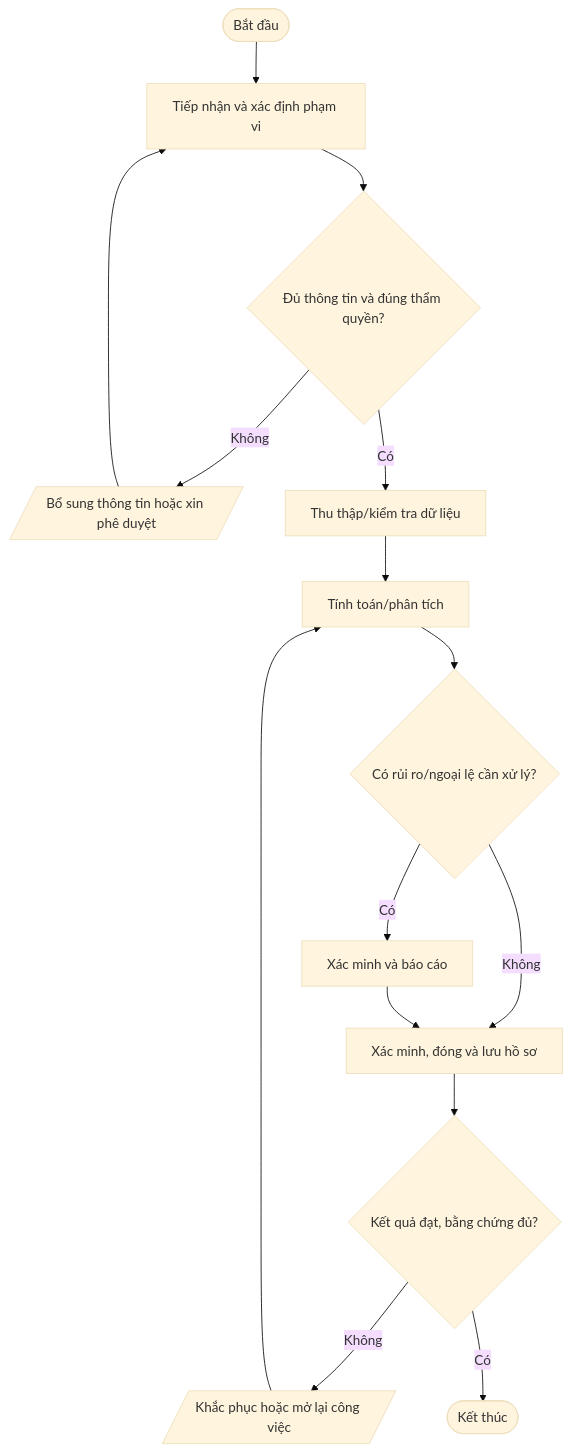
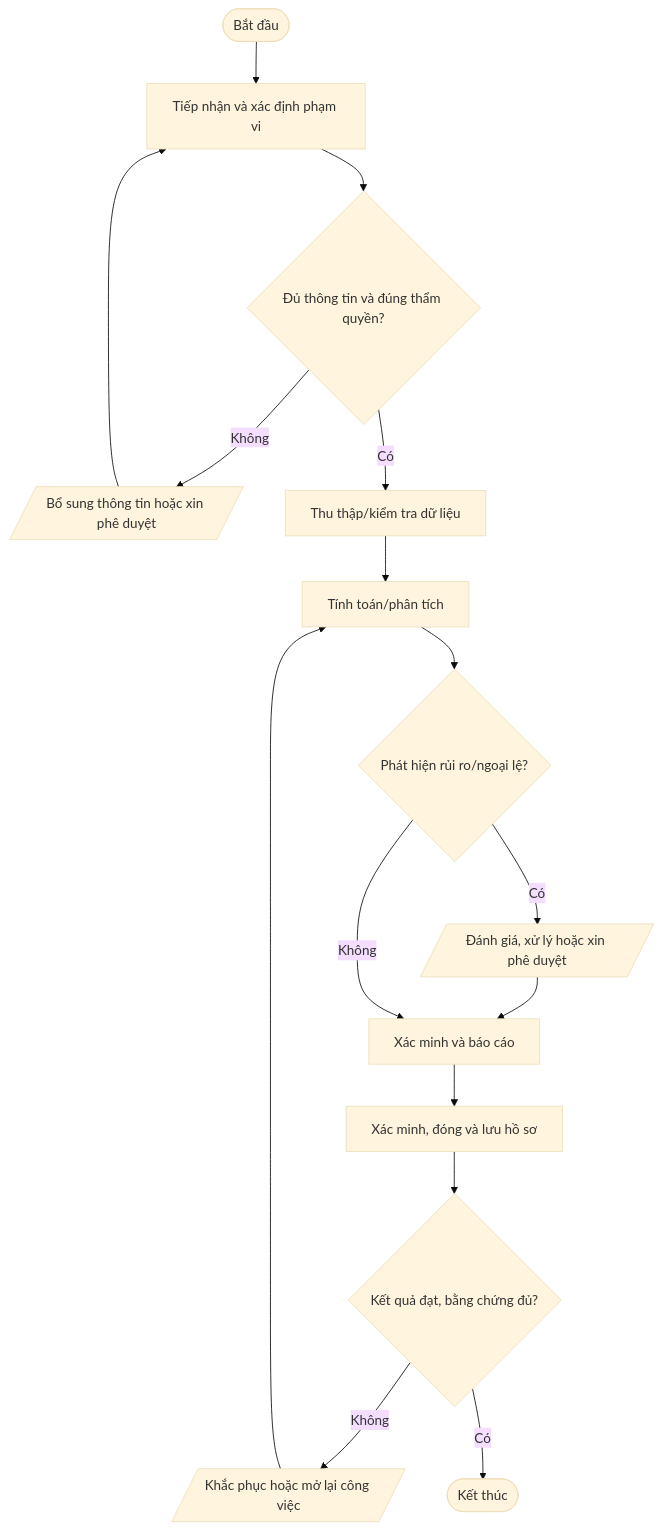
Before and after one commit to daoaigiangnam/Quy_Trinh_Chuan: the ninth of 9 diagrams in quy-trinh/02-Van-hanh-IT/README.md, drawn with Mermaid (base theme). The commit also changed other lines of this file, not shown here.

Commit message:
docs: correct procedure flowchart decision paths

````diff
--- a/quy-trinh/02-Van-hanh-IT/README.md
+++ b/quy-trinh/02-Van-hanh-IT/README.md
@@ -759,17 +767,18 @@
 ```mermaid
 flowchart TD
   A([Bắt đầu]) --> S1["Tiếp nhận và xác định phạm vi"]
   S1 --> D1{"Đủ thông tin và đúng thẩm quyền?"}
   D1 -- Không --> F1[/"Bổ sung thông tin hoặc xin phê duyệt"/]
   F1 --> S1
   D1 -- Có --> S2["Thu thập/kiểm tra dữ liệu"]
   S2 --> S3["Tính toán/phân tích"]
-  S3 --> D2{"Có rủi ro/ngoại lệ cần xử lý?"}
-  D2 -- Có --> S4["Xác minh và báo cáo"]
-  D2 -- Không --> S5["Xác minh, đóng và lưu hồ sơ"]
-  S4 --> S5
+  S3 --> D2{"Phát hiện rủi ro/ngoại lệ?"}
+  D2 -- Có --> RISK[/"Đánh giá, xử lý hoặc xin phê duyệt"/]
+  RISK --> S4["Xác minh và báo cáo"]
+  D2 -- Không --> S4
+  S4 --> S5["Xác minh, đóng và lưu hồ sơ"]
   S5 --> D3{"Kết quả đạt, bằng chứng đủ?"}
   D3 -- Không --> R[/"Khắc phục hoặc mở lại công việc"/]
   R --> S3
   D3 -- Có --> Z([Kết thúc])
 ```
````
